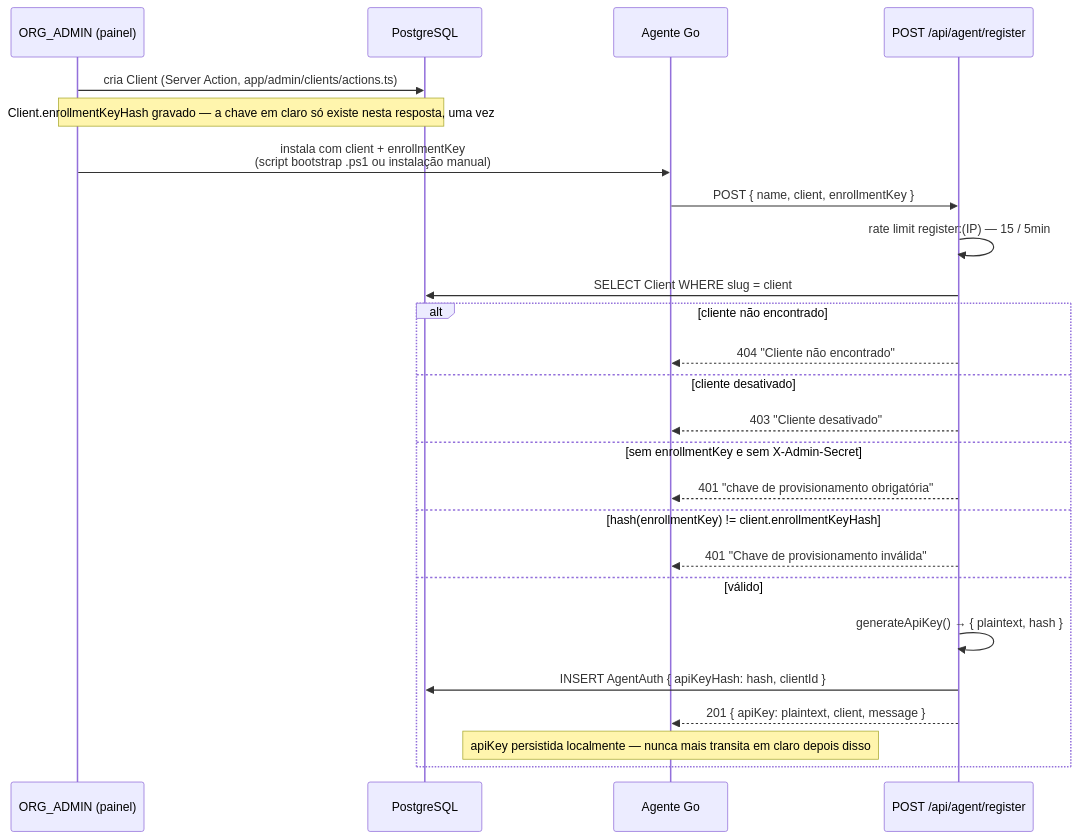
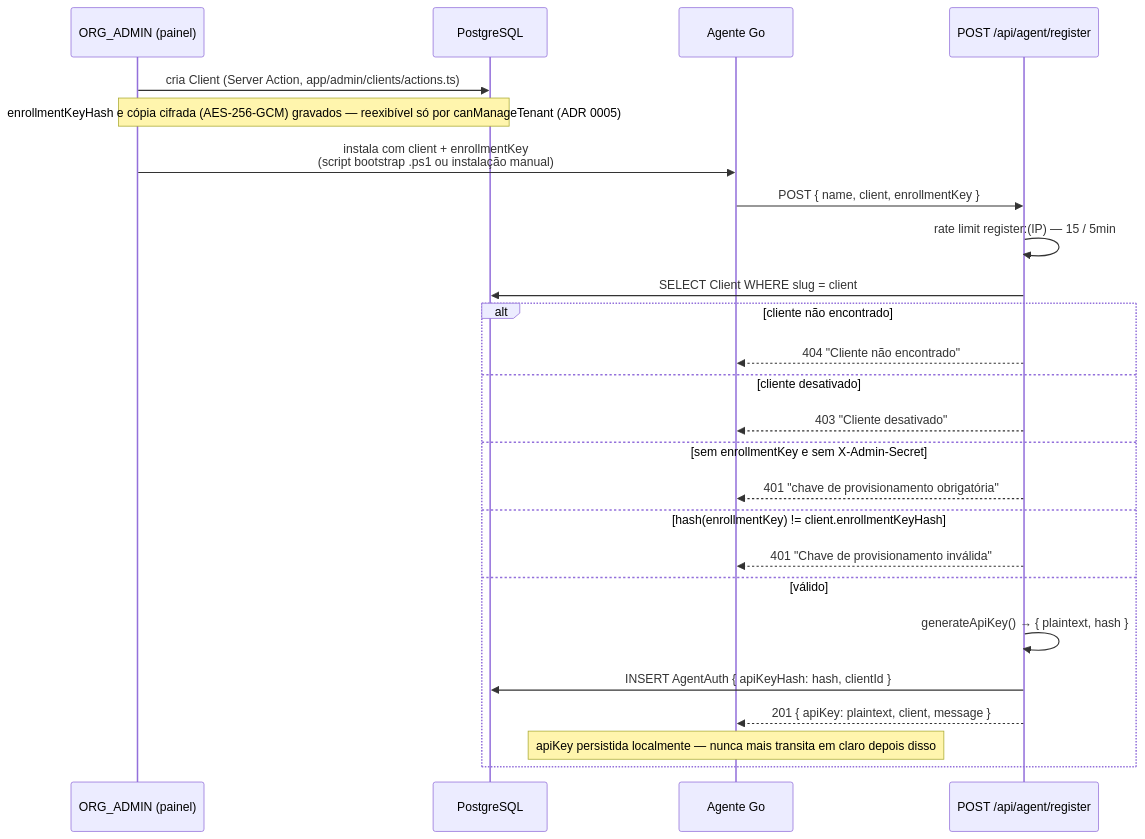
The first of 3 diagrams in docs/SPEC.md (rodrigoalves022/Inventario), drawn with Mermaid before and after one commit. The commit also changed 19 other files, not shown here.

````diff
--- a/docs/SPEC.md
+++ b/docs/SPEC.md
@@ -17,28 +17,28 @@
 ```mermaid
 sequenceDiagram
     participant Admin as ORG_ADMIN (painel)
     participant DB as PostgreSQL
     participant Agent as Agente Go
     participant API as POST /api/agent/register
 
     Admin->>DB: cria Client (Server Action, app/admin/clients/actions.ts)
-    Note over Admin,DB: Client.enrollmentKeyHash gravado — a chave em claro só existe nesta resposta, uma vez
+    Note over Admin,DB: enrollmentKeyHash e cópia cifrada (AES-256-GCM) gravados — reexibível só por canManageTenant (ADR 0005)
     Admin->>Agent: instala com client + enrollmentKey<br/>(script bootstrap .ps1 ou instalação manual)
     Agent->>API: POST { name, client, enrollmentKey }
     API->>API: rate limit register:(IP) — 15 / 5min
     API->>DB: SELECT Client WHERE slug = client
     alt cliente não encontrado
         API-->>Agent: 404 "Cliente não encontrado"
     else cliente desativado
         API-->>Agent: 403 "Cliente desativado"
     else sem enrollmentKey e sem X-Admin-Secret
         API-->>Agent: 401 "chave de provisionamento obrigatória"
     else hash(enrollmentKey) != client.enrollmentKeyHash
         API-->>Agent: 401 "Chave de provisionamento inválida"
     else válido
         API->>API: generateApiKey() → { plaintext, hash }
         API->>DB: INSERT AgentAuth { apiKeyHash: hash, clientId }
         API-->>Agent: 201 { apiKey: plaintext, client, message }
         Note over Agent: apiKey persistida localmente — nunca mais transita em claro depois disso
     end
 ```
````
